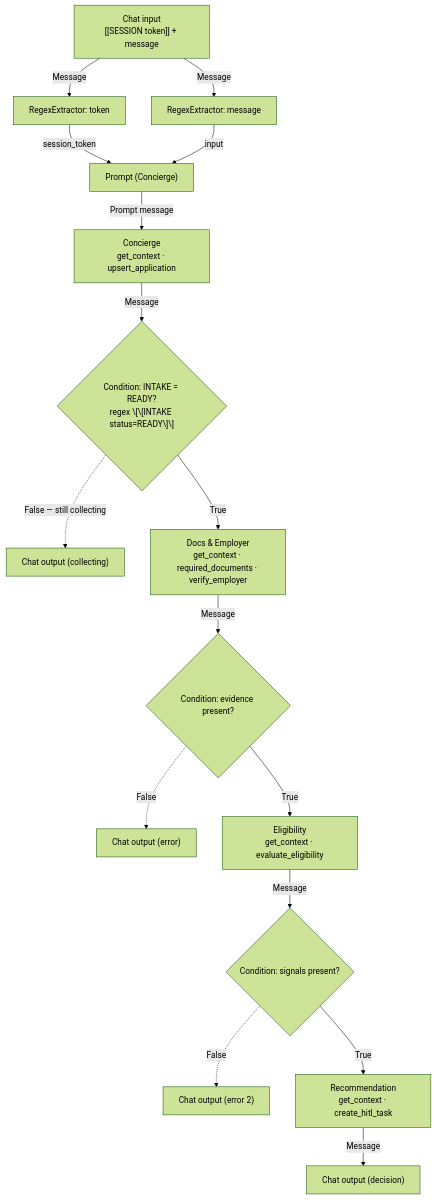
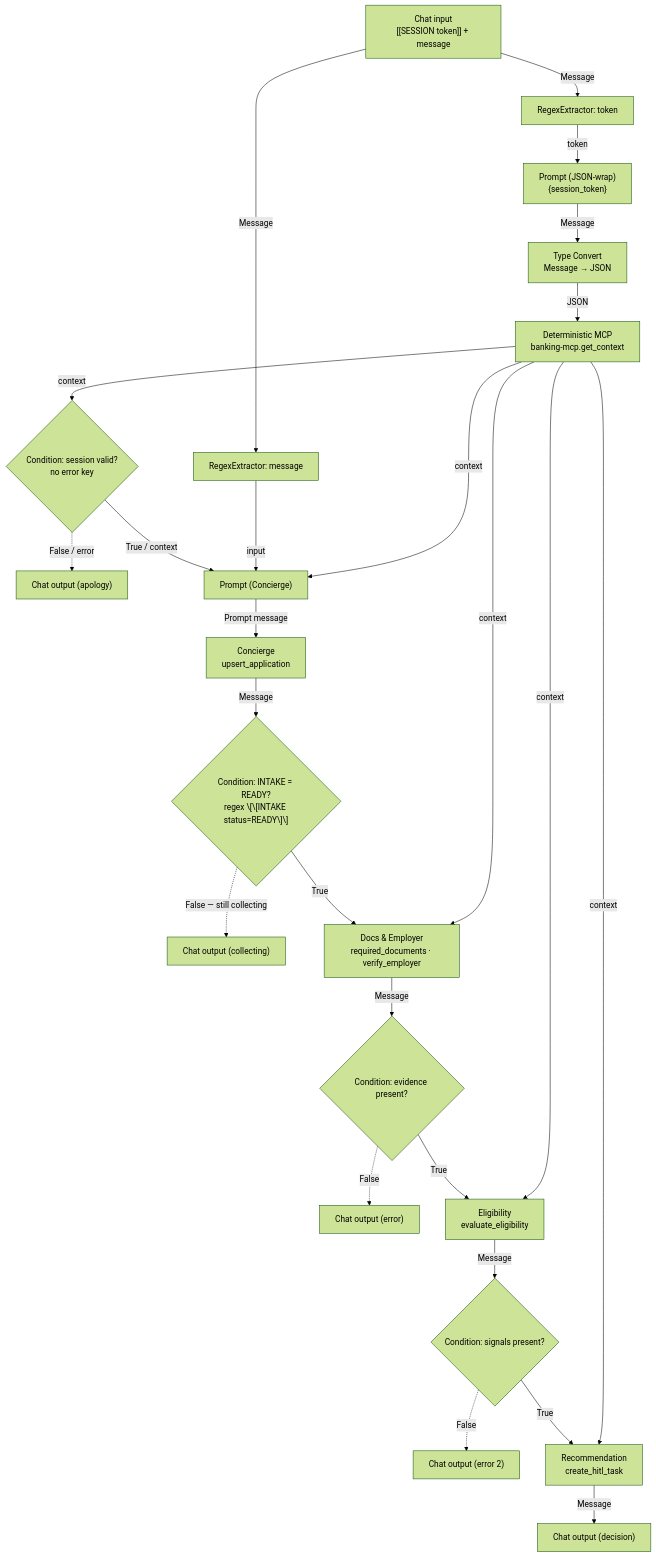
One commit to vmleon/oracle-database-private-agent-factory-poc changed the first of 23 diagrams in paf/flows/CHAT_WORKFLOW.md. Above: the diagram before and after it, drawn with Mermaid (forest theme). The commit also changed other lines of this file and 10 other files, not shown here.

````diff
--- a/paf/flows/CHAT_WORKFLOW.md
+++ b/paf/flows/CHAT_WORKFLOW.md
@@ -49,18 +49,27 @@
 ```mermaid
 flowchart TD
     CI["Chat input<br/>[[SESSION token]] + message"] -->|Message| RT["RegexExtractor: token"]
     CI -->|Message| RM["RegexExtractor: message"]
-    RT -->|session_token| CP["Prompt (Concierge)"]
+    RT -->|token| JW["Prompt (JSON-wrap)<br/>{session_token}"]
+    JW -->|Message| TC["Type Convert<br/>Message → JSON"]
+    TC -->|JSON| GC["Deterministic MCP<br/>banking-mcp.get_context"]
+    GC -->|context| G0{"Condition: session valid?<br/>no error key"}
+    G0 -.->|False / error| OAPO["Chat output (apology)"]
+    G0 -->|True / context| CP["Prompt (Concierge)"]
     RM -->|input| CP
-    CP -->|Prompt message| C["Concierge<br/>get_context · upsert_application"]
+    GC -->|context| CP
+    CP -->|Prompt message| C["Concierge<br/>upsert_application"]
     C -->|Message| G1{"Condition: INTAKE = READY?<br/>regex \[\[INTAKE status=READY\]\]"}
     G1 -.->|False — still collecting| OASK["Chat output (collecting)"]
-    G1 -->|True| DE["Docs & Employer<br/>get_context · required_documents · verify_employer"]
+    G1 -->|True| DE["Docs & Employer<br/>required_documents · verify_employer"]
+    GC -->|context| DE
     DE -->|Message| G2{"Condition: evidence present?"}
     G2 -.->|False| OERR1["Chat output (error)"]
-    G2 -->|True| EL["Eligibility<br/>get_context · evaluate_eligibility"]
+    G2 -->|True| EL["Eligibility<br/>evaluate_eligibility"]
+    GC -->|context| EL
     EL -->|Message| G3{"Condition: signals present?"}
     G3 -.->|False| OERR2["Chat output (error 2)"]
-    G3 -->|True| RC["Recommendation<br/>get_context · create_hitl_task"]
+    G3 -->|True| RC["Recommendation<br/>create_hitl_task"]
+    GC -->|context| RC
     RC -->|Message| ODEC["Chat output (decision)"]
 ```
````
